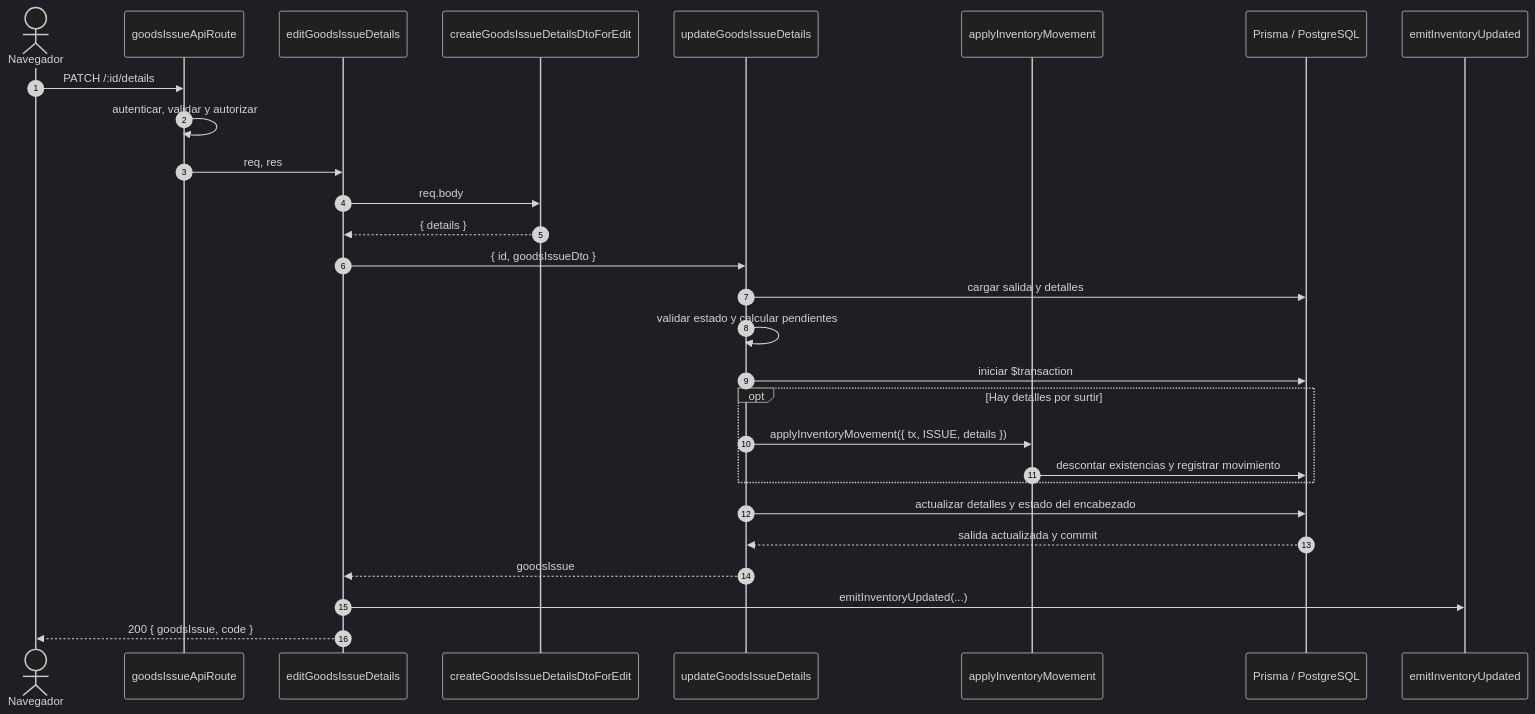
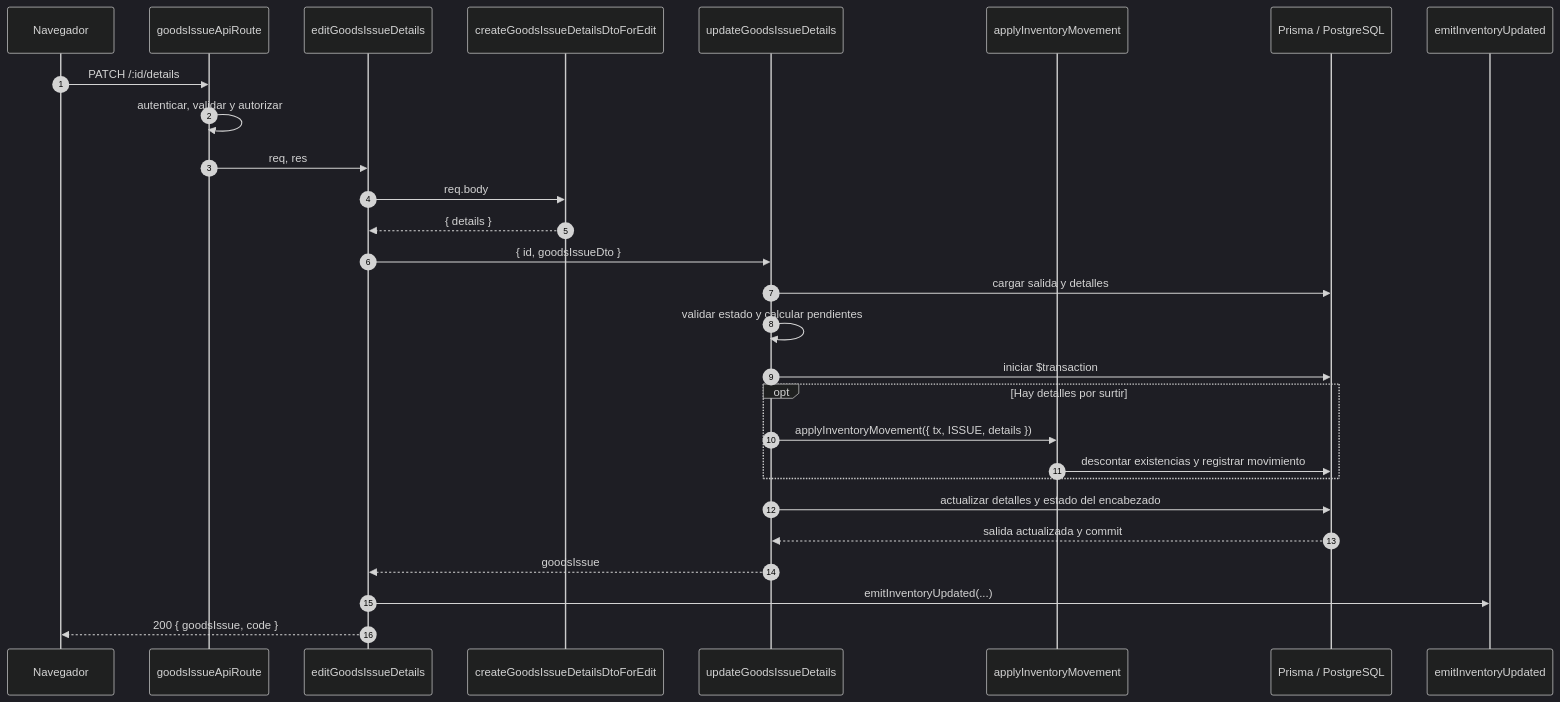
Before and after one commit to gpgsistemas01/nexus: the ninth of 10 diagrams in docs/architecture/backend-technical-documentation.md, drawn with Mermaid (dark theme). The commit also changed other lines of this file and 10 other files, not shown here.

Commit message:
docs: add frontend and backend technical flow diagrams

````diff
--- a/docs/architecture/backend-technical-documentation.md
+++ b/docs/architecture/backend-technical-documentation.md
@@ -183,31 +381,31 @@
 ```mermaid
 sequenceDiagram
     autonumber
-    actor Browser as Navegador
+    participant Browser as Navegador
     participant Router as goodsIssueApiRoute
     participant Controller as editGoodsIssueDetails
     participant DTO as createGoodsIssueDetailsDtoForEdit
     participant Service as updateGoodsIssueDetails
     participant Inventory as applyInventoryMovement
     participant Prisma as Prisma / PostgreSQL
     participant Socket as emitInventoryUpdated
 
     Browser->>Router: PATCH /:id/details
     Router->>Router: autenticar, validar y autorizar
     Router->>Controller: req, res
     Controller->>DTO: req.body
     DTO-->>Controller: { details }
     Controller->>Service: { id, goodsIssueDto }
     Service->>Prisma: cargar salida y detalles
     Service->>Service: validar estado y calcular pendientes
     Service->>Prisma: iniciar $transaction
     opt Hay detalles por surtir
         Service->>Inventory: applyInventoryMovement({ tx, ISSUE, details })
         Inventory->>Prisma: descontar existencias y registrar movimiento
     end
     Service->>Prisma: actualizar detalles y estado del encabezado
     Prisma-->>Service: salida actualizada y commit
     Service-->>Controller: goodsIssue
     Controller->>Socket: emitInventoryUpdated(...)
     Controller-->>Browser: 200 { goodsIssue, code }
 ```
````
